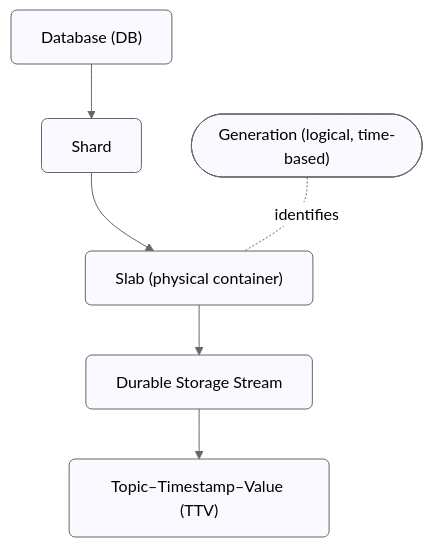
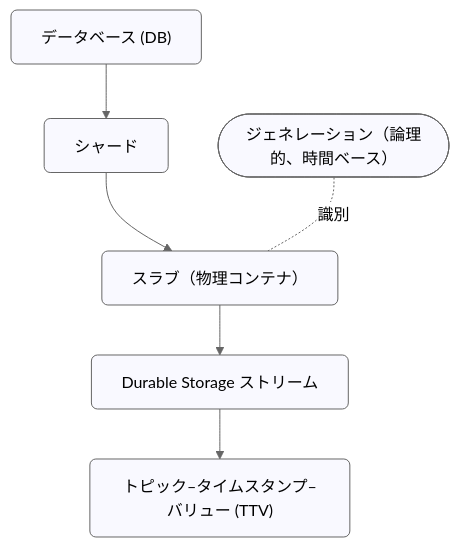
The diagram in ja_JP/design/durable-storage.md (emqx/emqx-docs), drawn with Mermaid (neutral theme) before and after one commit. The commit also changed other lines of this file and 4 other files, not shown here.

````diff
--- a/ja_JP/design/durable-storage.md
+++ b/ja_JP/design/durable-storage.md
@@ -26,20 +30,20 @@
 ```mermaid
 flowchart TB
     %% Durable Storage Hierarchy Diagram
-    DB["Database (DB)"]
-    SH["Shard"]
-    GEN(["Generation (logical, time-based)"])
-    SL["Slab (physical container)"]
-    ST["Durable Storage Stream"]
-    TTV["Topic–Timestamp–Value (TTV)"]
+    DB["データベース (DB)"]
+    SH["シャード"]
+    GEN(["ジェネレーション（論理的、時間ベース）"])
+    SL["スラブ（物理コンテナ）"]
+    ST["Durable Storage ストリーム"]
+    TTV["トピック–タイムスタンプ–バリュー (TTV)"]
 
     %% Main hierarchy
     DB --> SH --> SL --> ST --> TTV
 
     %% Logical relationship
-    GEN -. identifies .- SL
+    GEN -. 識別 .- SL
 
     %% Styling
     classDef box fill:#f9f9ff,stroke:#666,stroke-width:1px,rx:6,ry:6;
     class DB,SH,SL,ST,TTV,GEN box;
 ```
````
